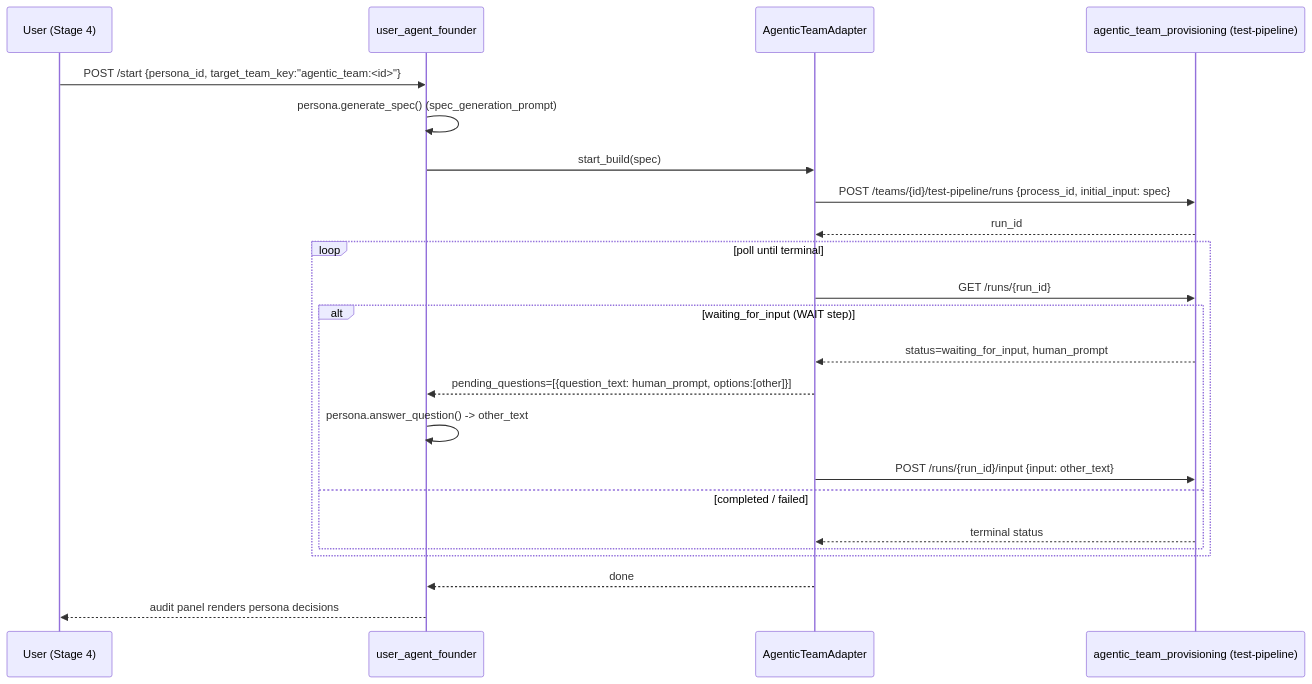
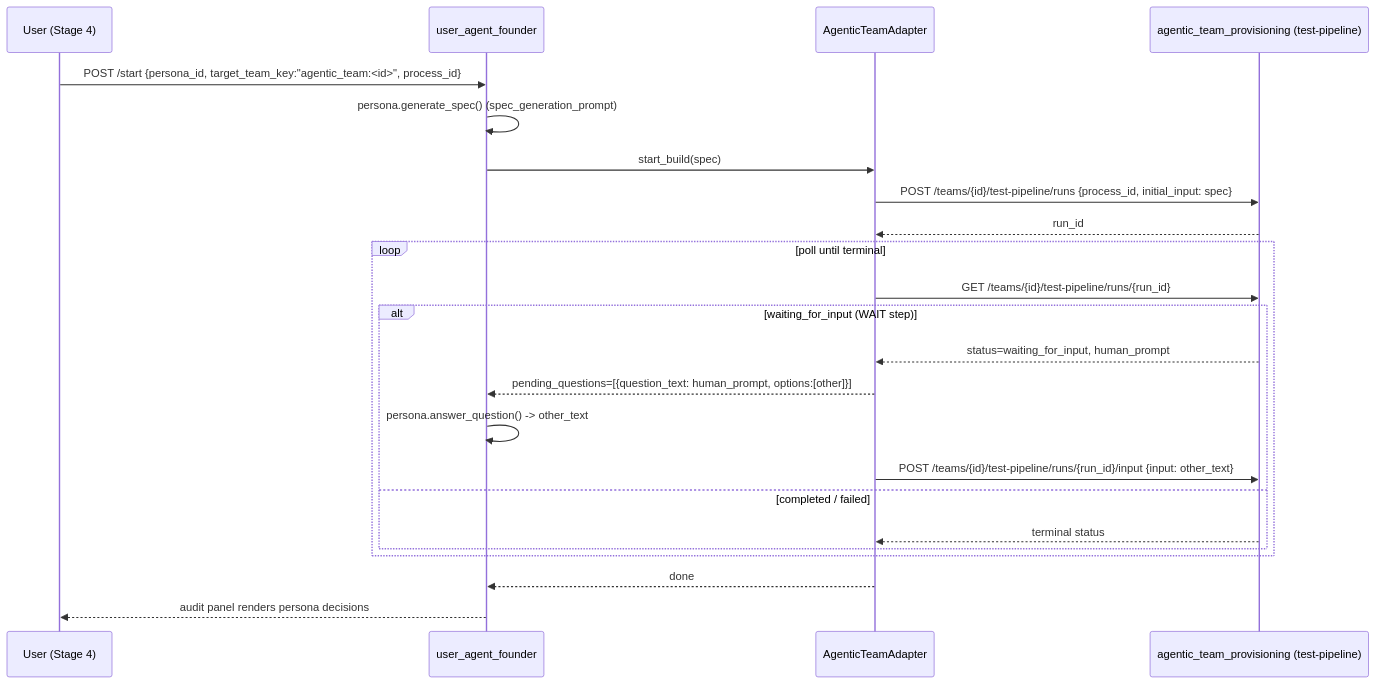
One commit to brandonkindred/Khala-Agentic-AI-Teams changed the second of 2 diagrams in docs/design/agent-studio-ux-spec.md. Above: the diagram before and after it, drawn with Mermaid. The commit also changed other lines of this file, not shown here.

First line of the commit message:
docs(agent-studio): address Codex spec review — process_id contract, team-scoped polling, roster-update endpoint

````diff
--- a/docs/design/agent-studio-ux-spec.md
+++ b/docs/design/agent-studio-ux-spec.md
@@ -542,25 +542,25 @@
 ```mermaid
 sequenceDiagram
     participant U as User (Stage 4)
     participant F as user_agent_founder
     participant A as AgenticTeamAdapter
     participant P as agentic_team_provisioning (test-pipeline)
-    U->>F: POST /start {persona_id, target_team_key:"agentic_team:<id>"}
+    U->>F: POST /start {persona_id, target_team_key:"agentic_team:<id>", process_id}
     F->>F: persona.generate_spec()  (spec_generation_prompt)
     F->>A: start_build(spec)
     A->>P: POST /teams/{id}/test-pipeline/runs {process_id, initial_input: spec}
     P-->>A: run_id
     loop poll until terminal
-        A->>P: GET /runs/{run_id}
+        A->>P: GET /teams/{id}/test-pipeline/runs/{run_id}
         alt waiting_for_input (WAIT step)
             P-->>A: status=waiting_for_input, human_prompt
             A-->>F: pending_questions=[{question_text: human_prompt, options:[other]}]
             F->>F: persona.answer_question() -> other_text
-            A->>P: POST /runs/{run_id}/input {input: other_text}
+            A->>P: POST /teams/{id}/test-pipeline/runs/{run_id}/input {input: other_text}
         else completed / failed
             P-->>A: terminal status
         end
     end
     A-->>F: done
     F-->>U: audit panel renders persona decisions
 ```
````
